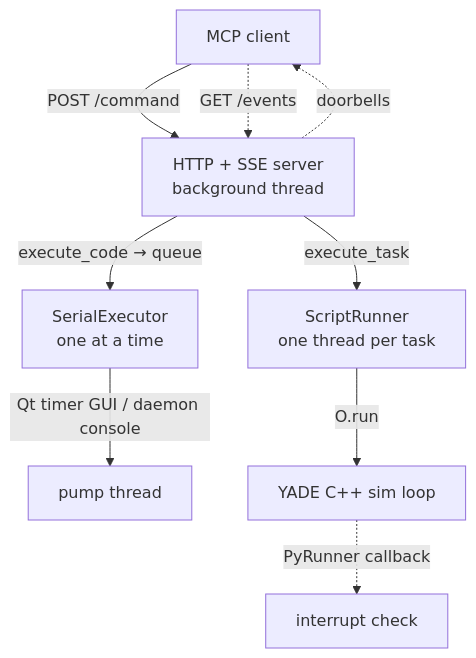
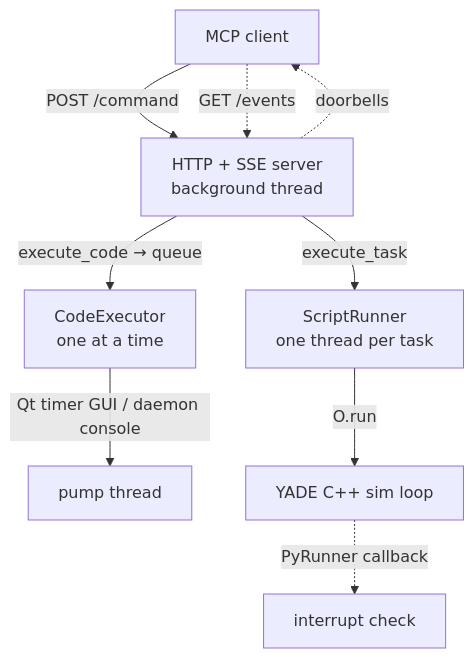
Before and after one commit to yusong652/yade-mcp: the diagram in yade-mcp-bridge/README.md, drawn with Mermaid. The commit also changed 41 other files, not shown here.

````diff
--- a/yade-mcp-bridge/README.md
+++ b/yade-mcp-bridge/README.md
@@ -27,11 +27,11 @@
 ```mermaid
 flowchart TD
     C[MCP client] -->|POST /command| S[HTTP + SSE server<br/>background thread]
     C -.->|GET /events| S
-    S -->|execute_code → queue| Q[SerialExecutor<br/>one at a time]
+    S -->|execute_code → queue| Q[CodeExecutor<br/>one at a time]
     Q -->|Qt timer GUI / daemon console| P[pump thread]
     S -->|execute_task| T[ScriptRunner<br/>one thread per task]
     T -->|O.run| Y[YADE C++ sim loop]
     Y -.->|PyRunner callback| I[interrupt check]
     S -.->|doorbells| C
 ```
````
